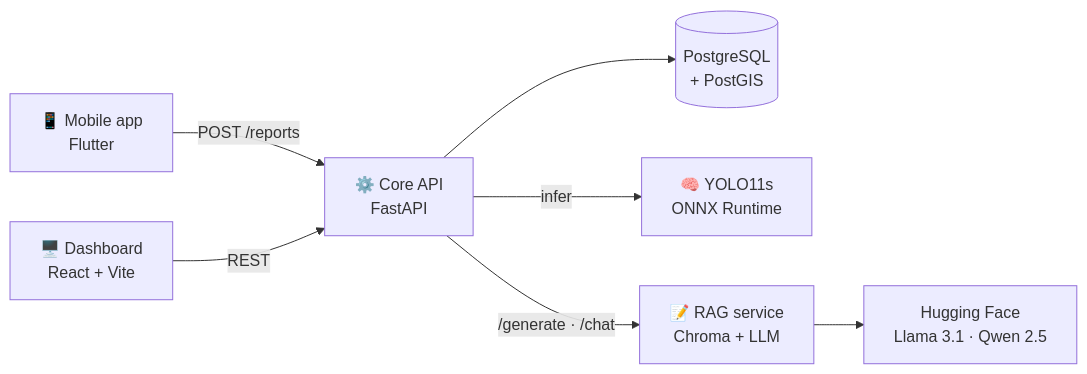
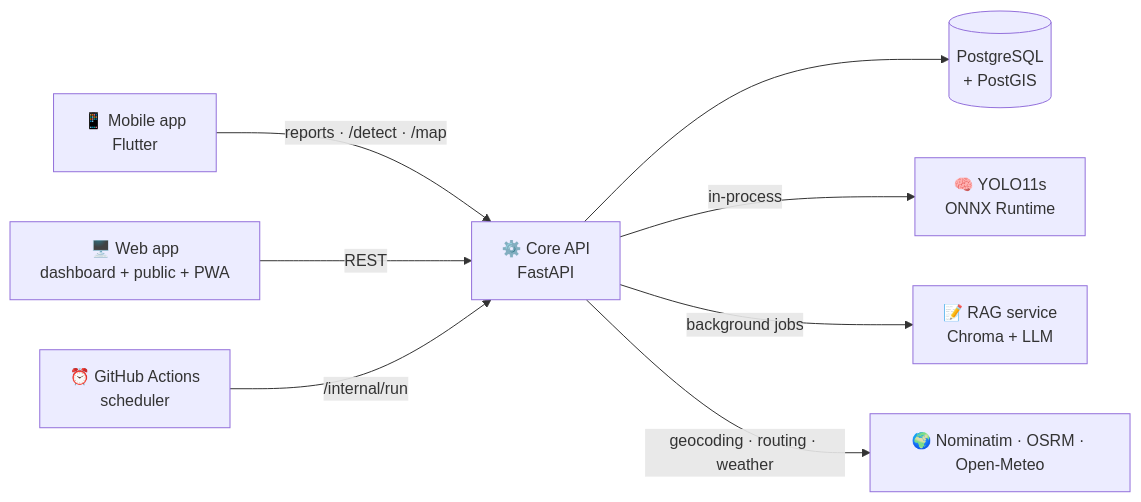
Before and after one commit to AymenJeddou/Sabeel: the diagram in README.md, drawn with Mermaid. The commit also changed other lines of this file and 11 other files, not shown here.

````diff
--- a/README.md
+++ b/README.md
@@ -95,9 +99,10 @@
 ```mermaid
 flowchart LR
-    phone["📱 Mobile app<br/>Flutter"] -->|POST /reports| api
-    web["🖥️ Dashboard<br/>React + Vite"] -->|REST| api
+    phone["📱 Mobile app<br/>Flutter"] -->|reports · /detect · /map| api
+    web["🖥️ Web app<br/>dashboard + public + PWA"] -->|REST| api
     api["⚙️ Core API<br/>FastAPI"] --> db[("PostgreSQL<br/>+ PostGIS")]
-    api -->|infer| vision["🧠 YOLO11s<br/>ONNX Runtime"]
-    api -->|/generate · /chat| rag["📝 RAG service<br/>Chroma + LLM"]
-    rag --> hf["Hugging Face<br/>Llama 3.1 · Qwen 2.5"]
+    api -->|in-process| vision["🧠 YOLO11s<br/>ONNX Runtime"]
+    api -->|background jobs| rag["📝 RAG service<br/>Chroma + LLM"]
+    api -->|geocoding · routing · weather| osm["🌍 Nominatim · OSRM · Open-Meteo"]
+    sched["⏰ GitHub Actions<br/>scheduler"] -->|/internal/run| api
 ```
````
